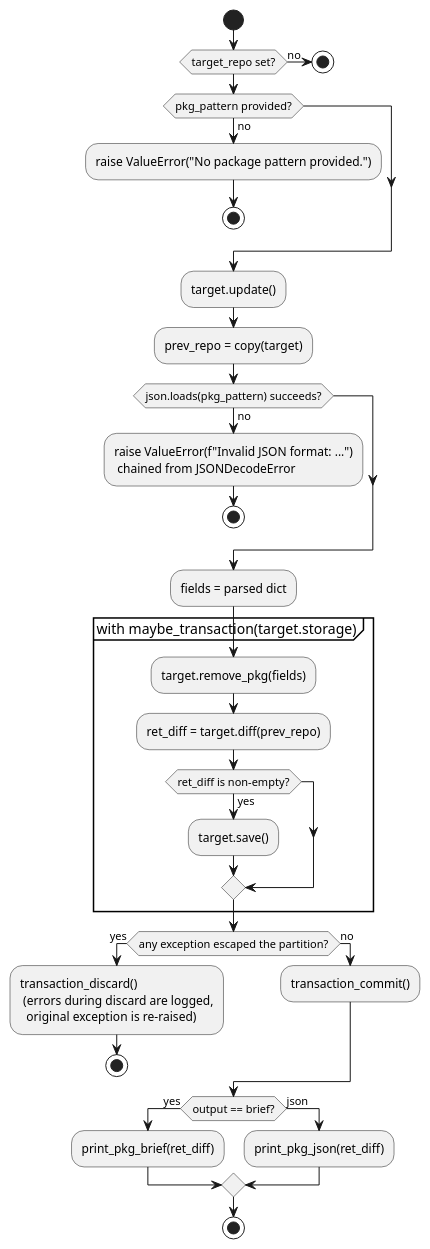
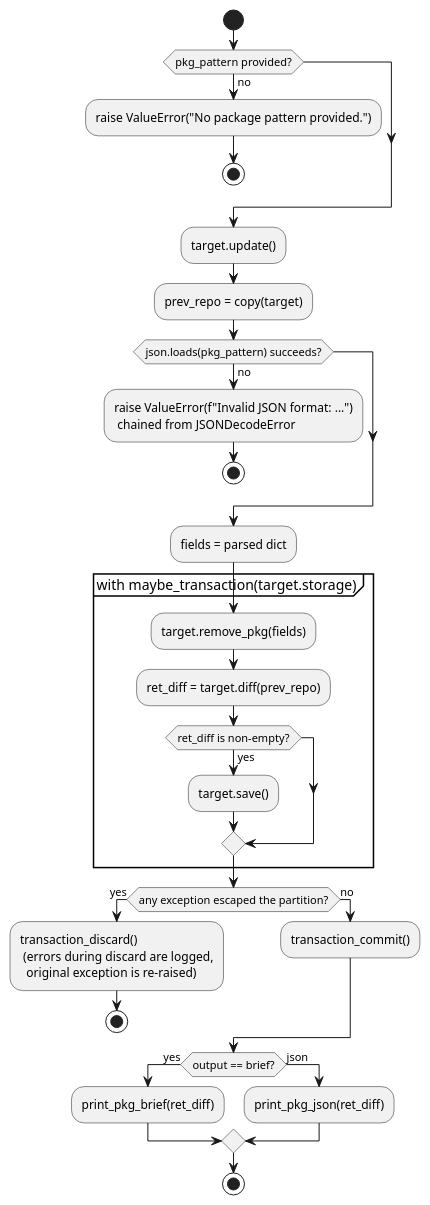
Before and after one commit to vinklat/debkit: the diagram in docs/development/diagrams/action-pkg-remove-activity.puml, drawn with PlantUML. The commit also changed 10 other files, not shown here.

```diff
--- a/docs/development/diagrams/action-pkg-remove-activity.puml
+++ b/docs/development/diagrams/action-pkg-remove-activity.puml
@@ -1,44 +1,41 @@
 @startuml
 start
-if (target_repo set?) then (no)
-  stop
-endif
 if (pkg_pattern provided?) then (no)
   :raise ValueError("No package pattern provided.");
   stop
 endif
 
 :target.update();
 :prev_repo = copy(target);
 
 if (json.loads(pkg_pattern) succeeds?) then (no)
   :raise ValueError(f"Invalid JSON format: ...")
    chained from JSONDecodeError;
   stop
 endif
 :fields = parsed dict;
 
 partition "with maybe_transaction(target.storage)" {
   :target.remove_pkg(fields);
   :ret_diff = target.diff(prev_repo);
   if (ret_diff is non-empty?) then (yes)
     :target.save();
   endif
 }
 
 if (any exception escaped the partition?) then (yes)
   :transaction_discard()
    (errors during discard are logged,
     original exception is re-raised);
   stop
 else (no)
   :transaction_commit();
 endif
 
 if (output == brief?) then (yes)
   :print_pkg_brief(ret_diff);
 else (json)
   :print_pkg_json(ret_diff);
 endif
 stop
 @enduml
```
